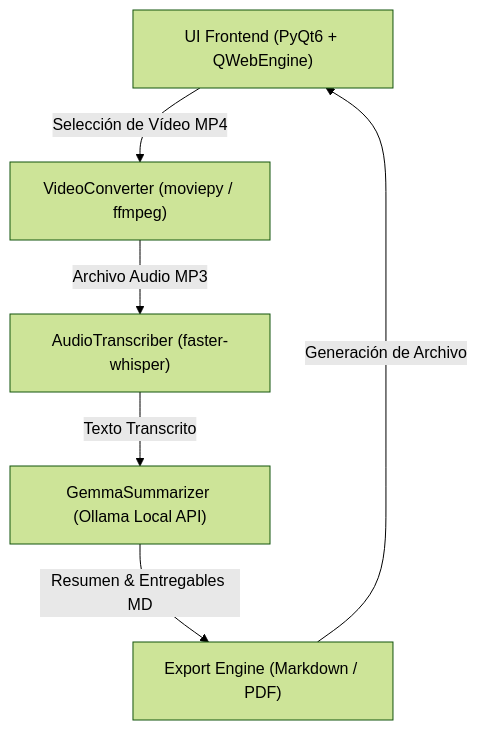
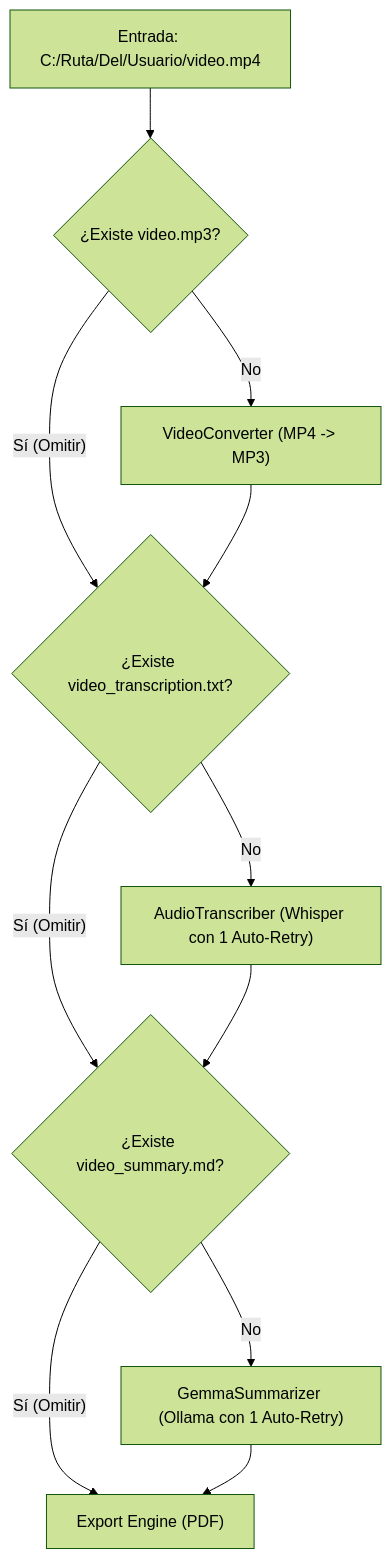
The diagram in docs/architecture.md (j-torres-o/esencIA-sintesis), drawn with Mermaid (forest theme) before and after one commit. The commit also changed other lines of this file and 2 other files, not shown here.

Commit message:
chore(release): bump versión a v0.3.0 y actualizar documentación de arquitectura y README

````diff
--- a/docs/architecture.md
+++ b/docs/architecture.md
@@ -9,8 +9,16 @@
 ```mermaid
 graph TD
-    UI["UI Frontend (PyQt6 + QWebEngine)"] -->|Selección de Vídeo MP4| Converter["VideoConverter (moviepy / ffmpeg)"]
-    Converter -->|Archivo Audio MP3| Transcriber["AudioTranscriber (faster-whisper)"]
-    Transcriber -->|Texto Transcrito| Summarizer["GemmaSummarizer (Ollama Local API)"]
-    Summarizer -->|Resumen & Entregables MD| Exporter["Export Engine (Markdown / PDF)"]
-    Exporter -->|Generación de Archivo| UI
+    Input["Entrada: C:/Ruta/Del/Usuario/video.mp4"] --> CheckMP3{"¿Existe video.mp3?"}
+    
+    CheckMP3 -- "No" --> Converter["VideoConverter (MP4 -> MP3)"]
+    CheckMP3 -- "Sí (Omitir)" --> CheckTXT{"¿Existe video_transcription.txt?"}
+    Converter --> CheckTXT
+    
+    CheckTXT -- "No" --> Transcriber["AudioTranscriber (Whisper con 1 Auto-Retry)"]
+    CheckTXT -- "Sí (Omitir)" --> CheckMD{"¿Existe video_summary.md?"}
+    Transcriber --> CheckMD
+    
+    CheckMD -- "No" --> Summarizer["GemmaSummarizer (Ollama con 1 Auto-Retry)"]
+    CheckMD -- "Sí (Omitir)" --> Exporter["Export Engine (PDF)"]
+    Summarizer --> Exporter
 ```
````
